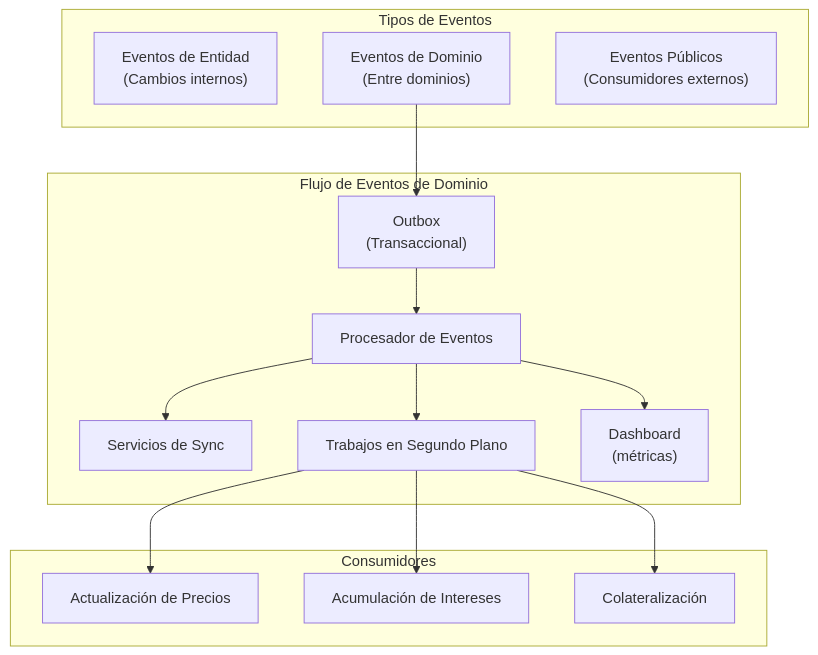
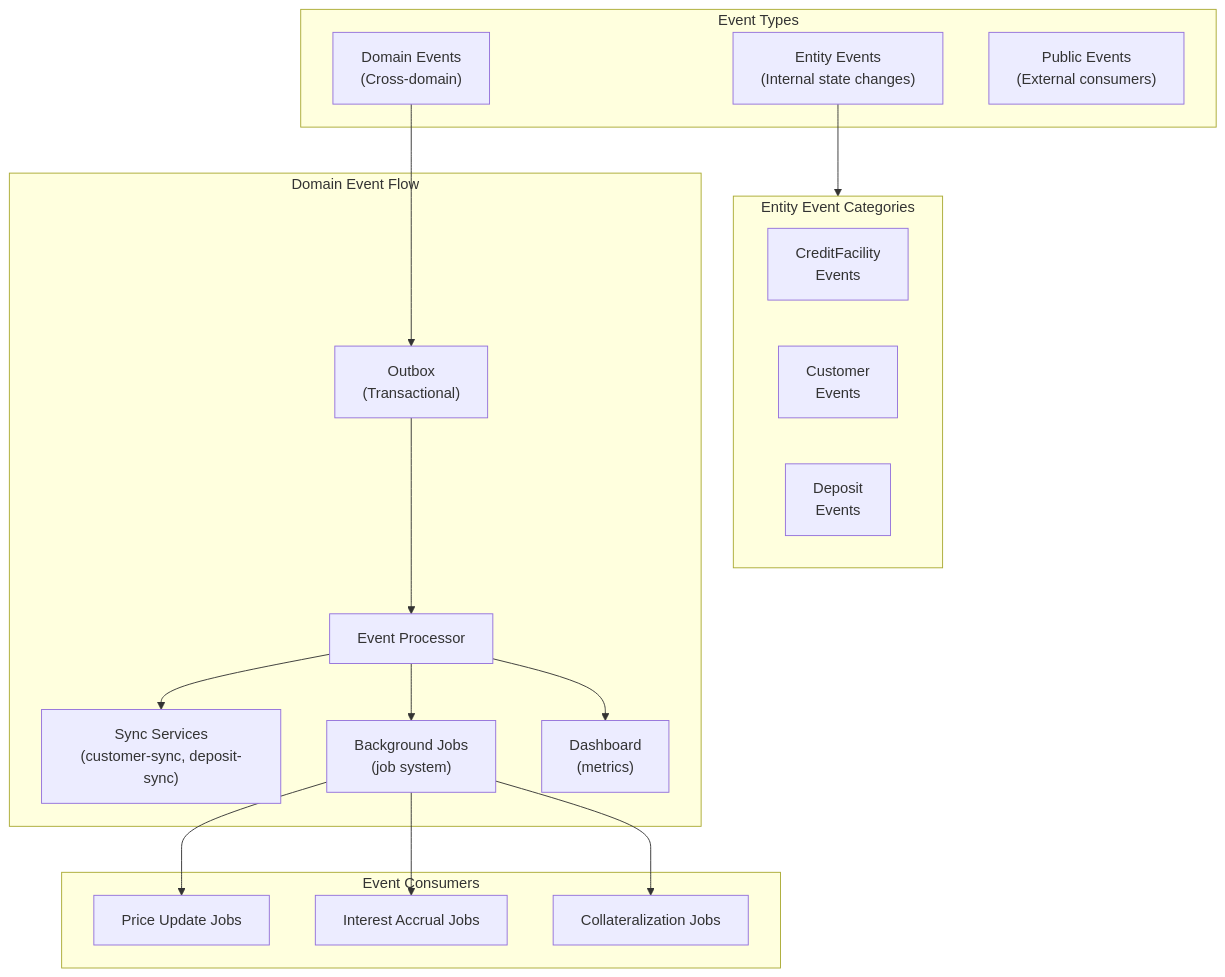
Before and after one commit to GaloyMoney/lana-bank: the first of 4 diagrams in docs-site/i18n/es/docusaurus-plugin-content-docs/current/for-internal-developers/event-system.md, drawn with Mermaid. The commit also changed other lines of this file and 76 other files, not shown here.

````diff
--- a/docs-site/i18n/es/docusaurus-plugin-content-docs/current/for-internal-developers/event-system.md
+++ b/docs-site/i18n/es/docusaurus-plugin-content-docs/current/for-internal-developers/event-system.md
@@ -11,31 +11,38 @@
 ```mermaid
 graph TD
-    subgraph EventTypes["Tipos de Eventos"]
-        EE["Eventos de Entidad<br/>(Cambios internos)"]
-        DE["Eventos de Dominio<br/>(Entre dominios)"]
-        PE["Eventos Públicos<br/>(Consumidores externos)"]
+    subgraph EventTypes["Event Types"]
+        EE["Entity Events<br/>(Internal state changes)"]
+        DE["Domain Events<br/>(Cross-domain)"]
+        PE["Public Events<br/>(External consumers)"]
     end
 
-    subgraph DomainEvents["Flujo de Eventos de Dominio"]
-        OUTBOX["Outbox<br/>(Transaccional)"]
-        PROC["Procesador de Eventos"]
-        SYNC["Servicios de Sync"]
-        BGJOBS["Trabajos en Segundo Plano"]
-        DASH["Dashboard<br/>(métricas)"]
+    subgraph EntityEvents["Entity Event Categories"]
+        CF["CreditFacility<br/>Events"]
+        CU["Customer<br/>Events"]
+        DEP["Deposit<br/>Events"]
     end
 
-    subgraph Consumers["Consumidores"]
-        PRICE["Actualización de Precios"]
-        INTEREST["Acumulación de Intereses"]
-        COLLAT["Colateralización"]
+    subgraph DomainEvents["Domain Event Flow"]
+        OUTBOX["Outbox<br/>(Transactional)"]
+        PROC["Event Processor"]
+        SYNC["Sync Services<br/>(customer-sync, deposit-sync)"]
+        BGJOBS["Background Jobs<br/>(job system)"]
+        DASH["Dashboard<br/>(metrics)"]
     end
 
+    subgraph Consumers["Event Consumers"]
+        PRICE["Price Update Jobs"]
+        INTEREST["Interest Accrual Jobs"]
+        COLLAT["Collateralization Jobs"]
+    end
+
+    EE --> EntityEvents
     DE --> OUTBOX
     OUTBOX --> PROC
     PROC --> SYNC
     PROC --> BGJOBS
     PROC --> DASH
     BGJOBS --> PRICE
     BGJOBS --> INTEREST
     BGJOBS --> COLLAT
 ```
````
